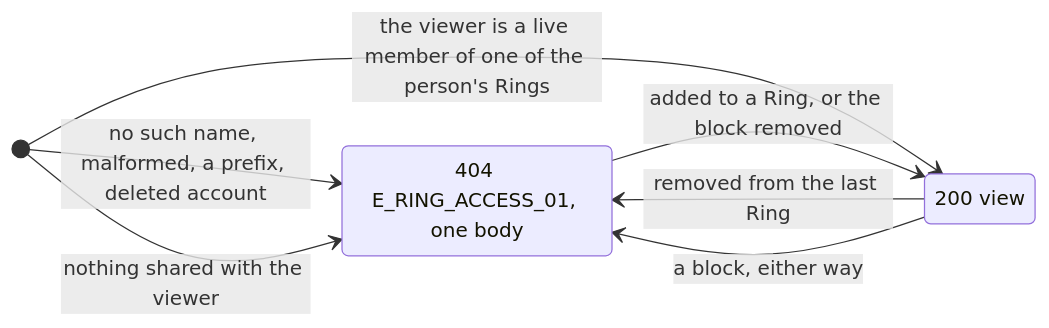
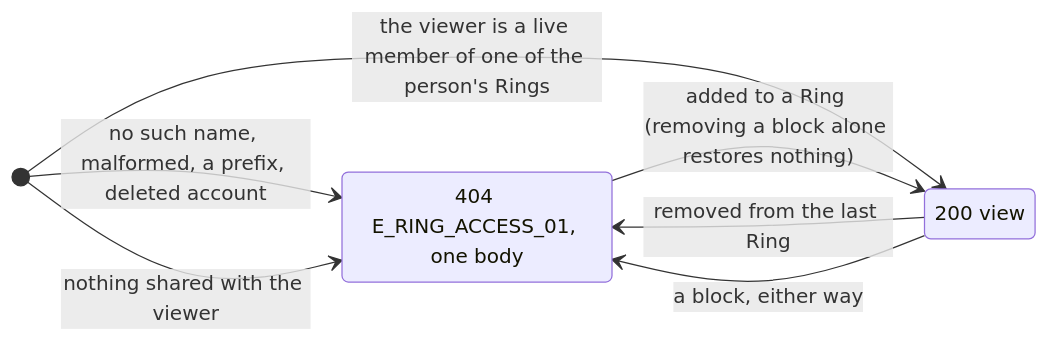
The diagram in social-pin/modules/Discovery/features/Discover Hub & Search/flow/QB-18 Discover Hub & Search QA Backend.md (Khaled-Edlbi/social-pin-docs), drawn with Mermaid before and after one commit. The commit also changed other lines of this file and 6 other files, not shown here.

````diff
--- a/social-pin/modules/Discovery/features/Discover Hub & Search/flow/QB-18 Discover Hub & Search QA Backend.md
+++ b/social-pin/modules/Discovery/features/Discover Hub & Search/flow/QB-18 Discover Hub & Search QA Backend.md
@@ -167,12 +166,12 @@
 ```mermaid
 stateDiagram-v2
   direction LR
   [*] --> NotAvailable: no such name, malformed, a prefix, deleted account
   [*] --> NotAvailable: nothing shared with the viewer
   [*] --> Shown: the viewer is a live member of one of the person's Rings
   Shown --> NotAvailable: removed from the last Ring
   Shown --> NotAvailable: a block, either way
-  NotAvailable --> Shown: added to a Ring, or the block removed
+  NotAvailable --> Shown: added to a Ring (removing a block alone restores nothing)
   state "200 view" as Shown
   state "404 E_RING_ACCESS_01, one body" as NotAvailable
 ```
````
